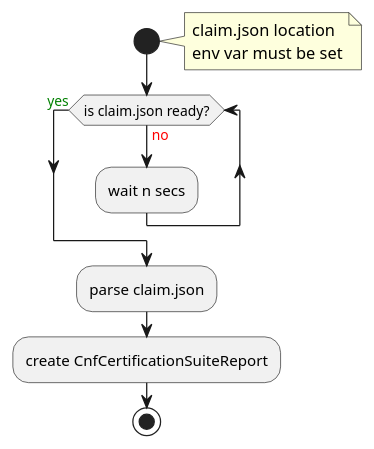
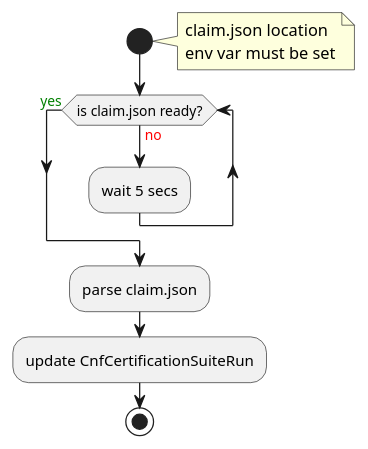
The diagram in doc/uml/side_car.puml (test-network-function/cnf-certsuite-operator), drawn with PlantUML before and after one commit. The commit also changed 28 other files, not shown here.

First line of the commit message:
CnfCertificationSuiteReport CR removed (#37)

```diff
--- a/doc/uml/side_car.puml
+++ b/doc/uml/side_car.puml
@@ -1,17 +1,17 @@
 @startuml "Side car action"
 
 start
 note right
   claim.json location 
   env var must be set
 end note
 
 while (is claim.json ready?) is (<color:red>no)
-    :wait n secs;
+    :wait 5 secs;
 endwhile (<color:green>yes)
 
 :parse claim.json;
-:create CnfCertificationSuiteReport;
+:update CnfCertificationSuiteRun;
 stop
 
 @enduml
```
